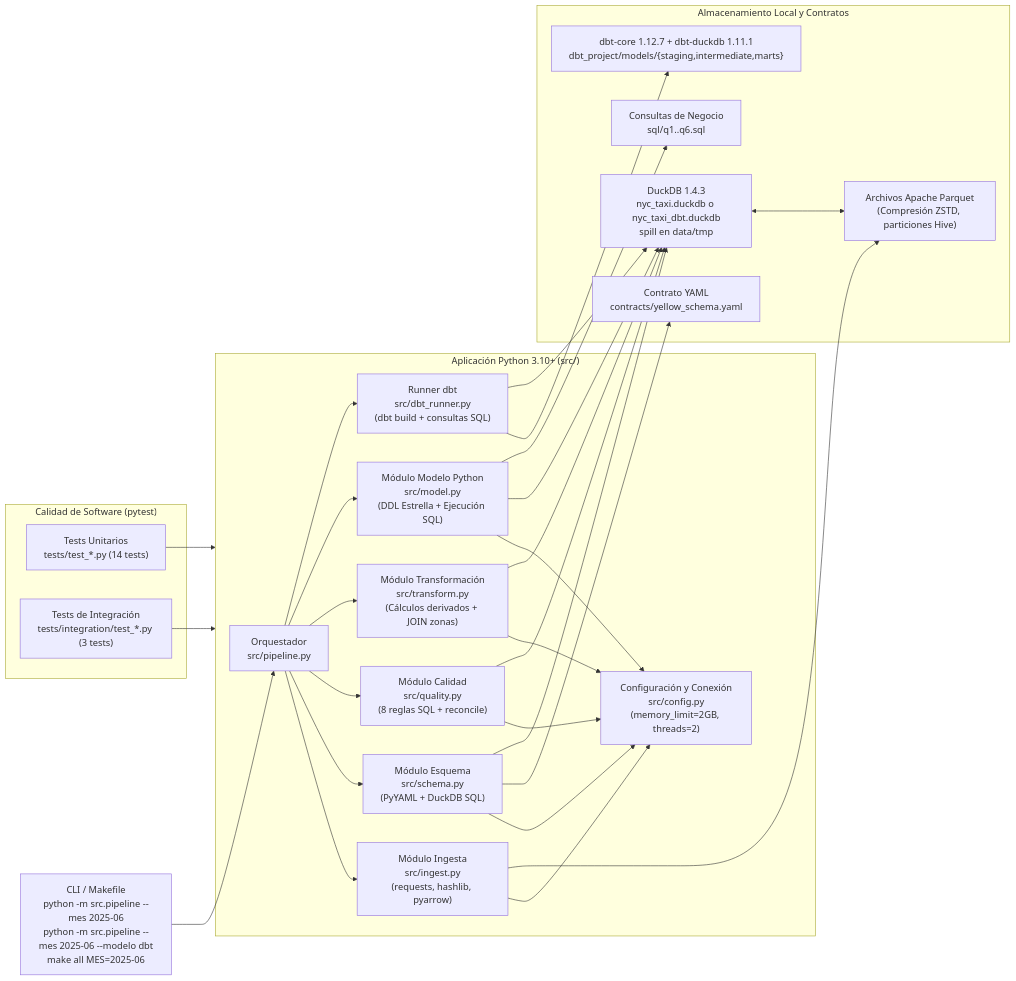
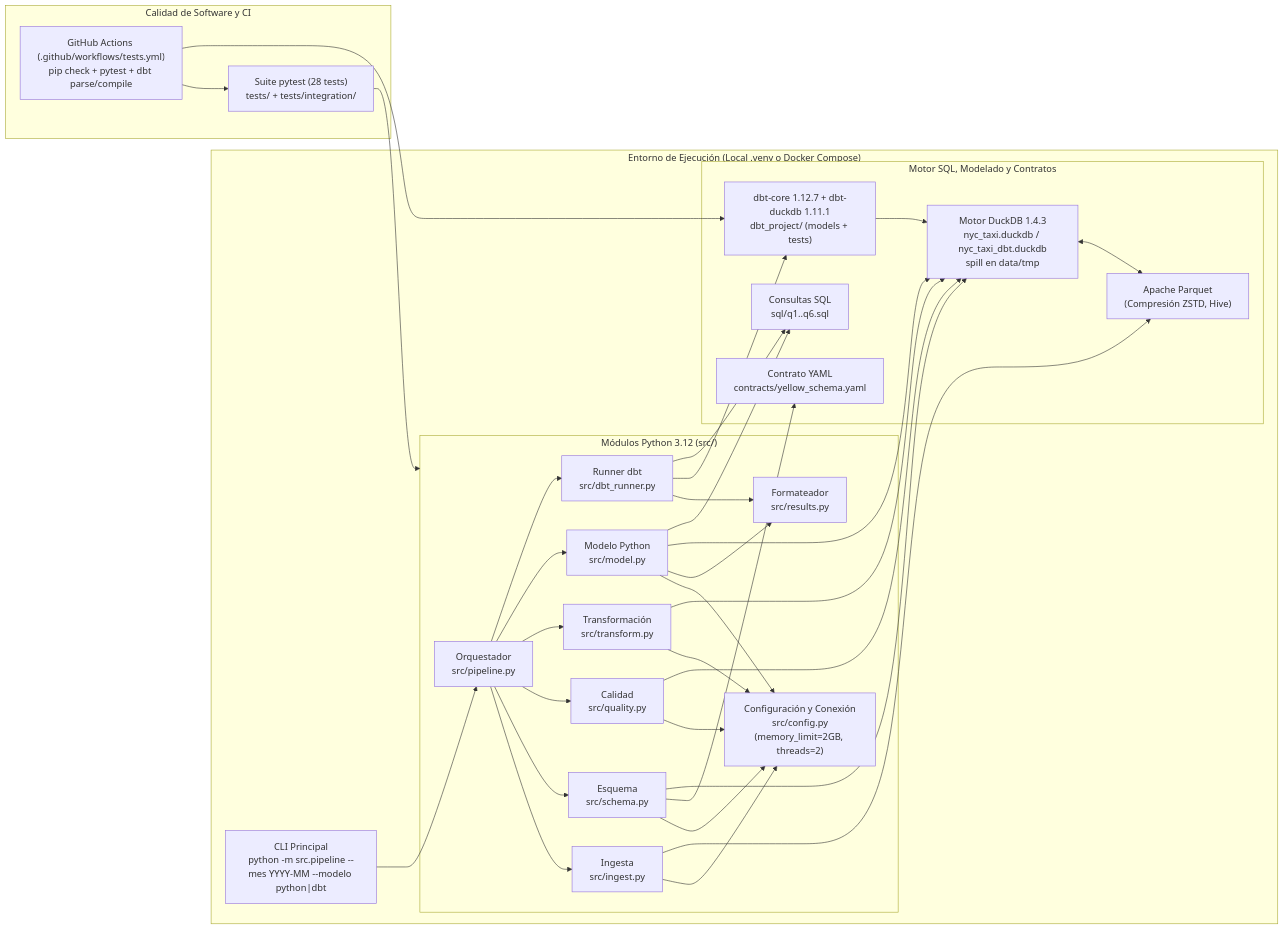
One commit to victormanuellibran/examen_Taxis changed the second of 3 diagrams in README.md. Above: the diagram before and after it, drawn with Mermaid. The commit also changed other lines of this file and 2 other files, not shown here.

Commit message:
docs: finalize exam presentation README, architecture and oral defense guide

````diff
--- a/README.md
+++ b/README.md
@@ -150,53 +154,44 @@
 ```mermaid
 flowchart LR
-    CLI["CLI / Makefile\npython -m src.pipeline --mes 2025-06\npython -m src.pipeline --mes 2025-06 --modelo dbt\nmake all MES=2025-06"]
+    subgraph EXEC["Entorno de Ejecución (Local .venv o Docker Compose)"]
+        CLI["CLI Principal\npython -m src.pipeline --mes YYYY-MM --modelo python|dbt"]
 
-    subgraph PY["Aplicación Python 3.10+ (src/)"]
-        PIPE["Orquestador\nsrc/pipeline.py"]
-        CFG["Configuración y Conexión\nsrc/config.py\n(memory_limit=2GB, threads=2)"]
-        ING["Módulo Ingesta\nsrc/ingest.py\n(requests, hashlib, pyarrow)"]
-        SCH["Módulo Esquema\nsrc/schema.py\n(PyYAML + DuckDB SQL)"]
-        QUA["Módulo Calidad\nsrc/quality.py\n(8 reglas SQL + reconcile)"]
-        TRN["Módulo Transformación\nsrc/transform.py\n(Cálculos derivados + JOIN zonas)"]
-        MOD["Módulo Modelo Python\nsrc/model.py\n(DDL Estrella + Ejecución SQL)"]
-        DBTR["Runner dbt\nsrc/dbt_runner.py\n(dbt build + consultas SQL)"]
+        subgraph PY["Módulos Python 3.12 (src/)"]
+            PIPE["Orquestador\nsrc/pipeline.py"]
+            CFG["Configuración y Conexión\nsrc/config.py\n(memory_limit=2GB, threads=2)"]
+            ING["Ingesta\nsrc/ingest.py"]
+            SCH["Esquema\nsrc/schema.py"]
+            QUA["Calidad\nsrc/quality.py"]
+            TRN["Transformación\nsrc/transform.py"]
+            MOD["Modelo Python\nsrc/model.py"]
+            DBTR["Runner dbt\nsrc/dbt_runner.py"]
+            RESM["Formateador\nsrc/results.py"]
+        end
+
+        subgraph DATA_ENG["Motor SQL, Modelado y Contratos"]
+            CONT["Contrato YAML\ncontracts/yellow_schema.yaml"]
+            PARQ["Apache Parquet\n(Compresión ZSTD, Hive)"]
+            DUCK["Motor DuckDB 1.4.3\nnyc_taxi.duckdb / nyc_taxi_dbt.duckdb\nspill en data/tmp"]
+            DBTP["dbt-core 1.12.7 + dbt-duckdb 1.11.1\ndbt_project/ (models + tests)"]
+            SQL["Consultas SQL\nsql/q1..q6.sql"]
+        end
     end
 
-    subgraph STORAGE["Almacenamiento Local y Contratos"]
-        CONT["Contrato YAML\ncontracts/yellow_schema.yaml"]
-        PARQ["Archivos Apache Parquet\n(Compresión ZSTD, particiones Hive)"]
-        DUCK["DuckDB 1.4.3\nnyc_taxi.duckdb o nyc_taxi_dbt.duckdb\nspill en data/tmp"]
-        DBTP["dbt-core 1.12.7 + dbt-duckdb 1.11.1\ndbt_project/models/{staging,intermediate,marts}"]
-        SQL["Consultas de Negocio\nsql/q1..q6.sql"]
-    end
-
-    subgraph QA["Calidad de Software (pytest)"]
-        UT["Tests Unitarios\ntests/test_*.py (14 tests)"]
-        IT["Tests de Integración\ntests/integration/test_*.py (3 tests)"]
+    subgraph QA_CI["Calidad de Software y CI"]
+        PYT["Suite pytest (28 tests)\ntests/ + tests/integration/"]
+        GHA["GitHub Actions (.github/workflows/tests.yml)\npip check + pytest + dbt parse/compile"]
     end
 
     CLI --> PIPE
-    PIPE --> ING
-    PIPE --> SCH
-    PIPE --> QUA
-    PIPE --> TRN
-    PIPE --> MOD
-    PIPE --> DBTR
-    ING --> CFG
-    SCH --> CFG
-    QUA --> CFG
-    TRN --> CFG
-    MOD --> CFG
-    DBTR --> DBTP
+    PIPE --> ING & SCH & QUA & TRN & MOD & DBTR
+    ING & SCH & QUA & TRN & MOD --> CFG
+    MOD & DBTR --> RESM
     SCH --> CONT
     ING --> PARQ
-    SCH --> DUCK
-    QUA --> DUCK
-    TRN --> DUCK
-    MOD --> DUCK
-    DBTR --> DUCK
+    SCH & QUA & TRN & MOD --> DUCK
+    DBTR --> DBTP --> DUCK
     DUCK <--> PARQ
-    MOD --> SQL
-    UT --> PY
-    IT --> PY
+    MOD & DBTR --> SQL
+    PYT --> PY
+    GHA --> PYT & DBTP
 ```
````
